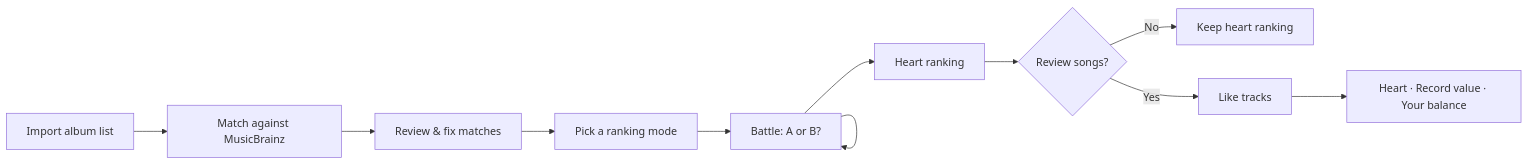
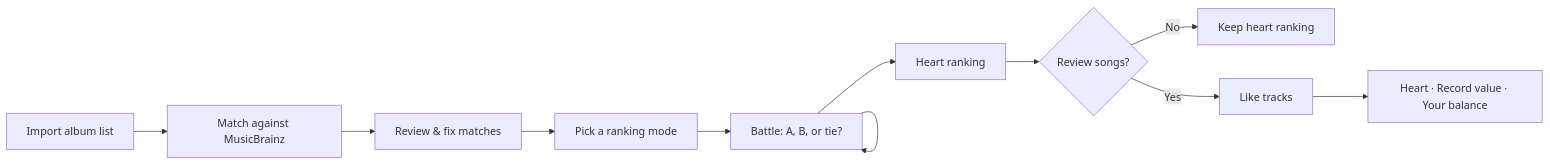
The diagram in README.md (koobzaar/Solitude), drawn with Mermaid before and after one commit. The commit also changed other lines of this file and 7 other files, not shown here.

````diff
--- a/README.md
+++ b/README.md
@@ -57,13 +57,13 @@
 ```mermaid
 flowchart LR
     A[Import album list] --> B[Match against MusicBrainz]
     B --> C[Review & fix matches]
     C --> D[Pick a ranking mode]
-    D --> E[Battle: A or B?]
+    D --> E[Battle: A, B, or tie?]
     E --> E
     E --> F[Heart ranking]
     F --> G{Review songs?}
     G -->|No| H[Keep heart ranking]
     G -->|Yes| I[Like tracks]
     I --> J[Heart · Record value · Your balance]
 ```
````
